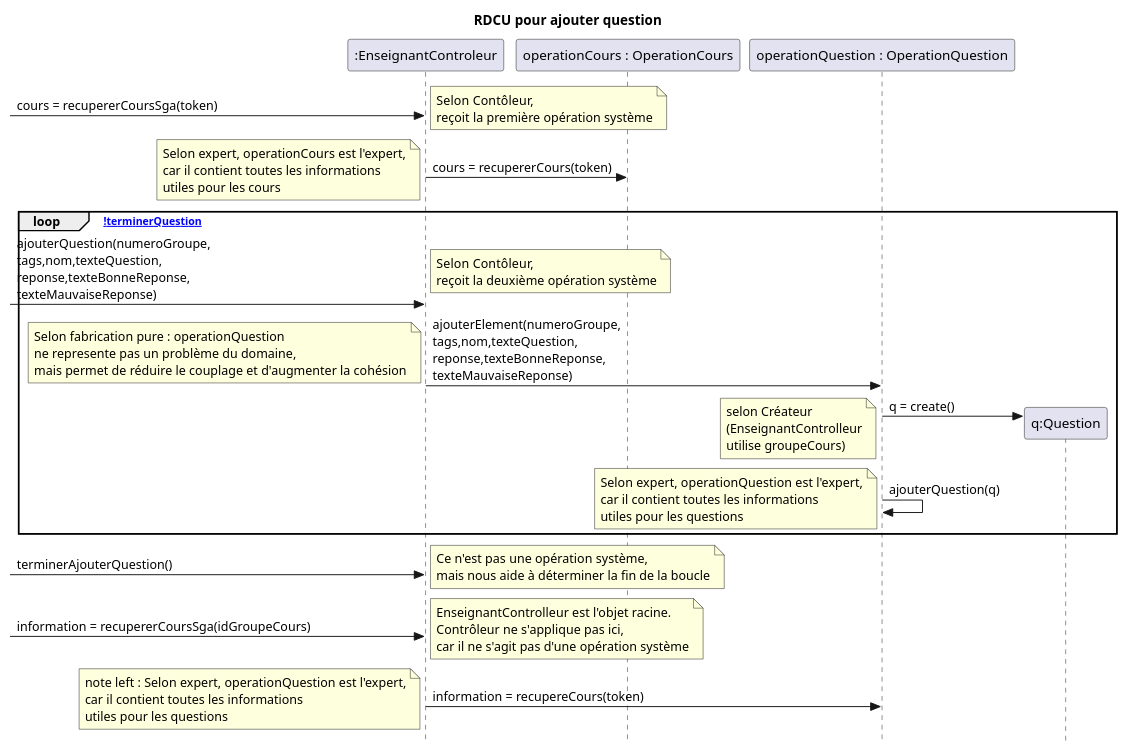
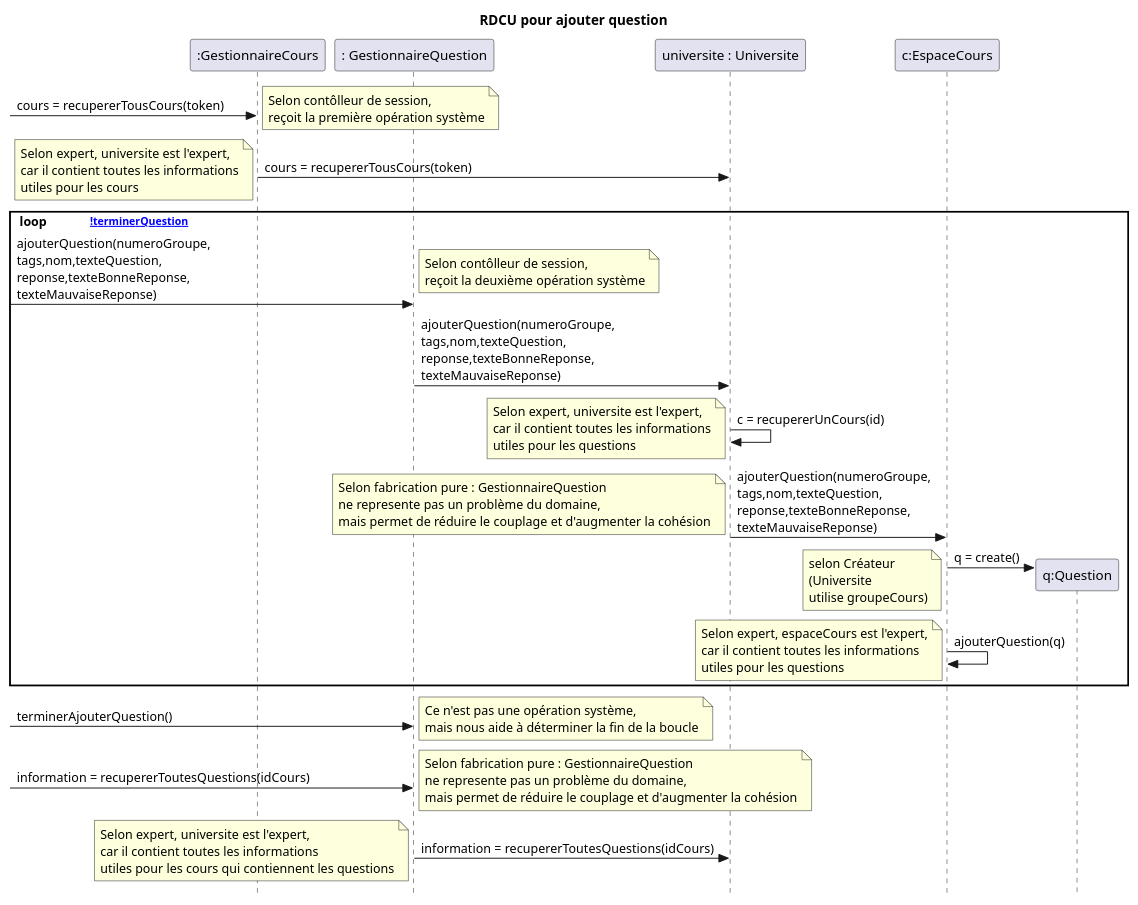
The first of 4 diagrams in docs/Ajouter question/RDCU_Ajouter_Question.puml (nerdz88/SGA-TS), drawn with PlantUML before and after one commit. The commit also changed other lines of this file and 7 other files, not shown here.

```diff
--- a/docs/Ajouter question/RDCU_Ajouter_Question.puml
+++ b/docs/Ajouter question/RDCU_Ajouter_Question.puml
@@ -1,31 +1,35 @@
 @startuml ajouterQuestionOld
 skinparam style strictuml
 skinparam defaultfontname Verdana
 title RDCU pour ajouter question
-participant ":EnseignantControleur" as sga
-participant "operationCours : OperationCours" as opCours
-participant "operationQuestion : OperationQuestion" as opQuestion
+participant ":GestionnaireCours" as gestionnaireCours
+participant ": GestionnaireQuestion" as gestionnaireQuestion
+participant "universite : Universite" as universite
+participant "c:EspaceCours" as cours
 participant "q:Question" as question
 
-->sga : cours = recupererCoursSga(token)
-note left : Selon Contôleur,\nreçoit la première opération système
-sga->opCours: cours = recupererCours(token)
-note left : Selon expert, operationCours est l'expert,\ncar il contient toutes les informations\nutiles pour les cours
+->gestionnaireCours : cours = recupererTousCours(token)
+note left : Selon contôlleur de session,\nreçoit la première opération système
+gestionnaireCours->universite: cours = recupererTousCours(token)
+note left : Selon expert, universite est l'expert,\ncar il contient toutes les informations\nutiles pour les cours
 loop [!terminerQuestion]
--> sga : ajouterQuestion(numeroGroupe,\ntags,nom,texteQuestion,\nreponse,texteBonneReponse,\ntexteMauvaiseReponse)
- note left : Selon Contôleur,\nreçoit la deuxième opération système 
-  sga->opQuestion : ajouterElement(numeroGroupe,\ntags,nom,texteQuestion,\nreponse,texteBonneReponse,\ntexteMauvaiseReponse)
-  note left : Selon fabrication pure : operationQuestion\nne represente pas un problème du domaine,\nmais permet de réduire le couplage et d'augmenter la cohésion
+->gestionnaireQuestion : ajouterQuestion(numeroGroupe,\ntags,nom,texteQuestion,\nreponse,texteBonneReponse,\ntexteMauvaiseReponse)
+ note left : Selon contôlleur de session,\nreçoit la deuxième opération système 
+gestionnaireQuestion->universite : ajouterQuestion(numeroGroupe,\ntags,nom,texteQuestion,\nreponse,texteBonneReponse,\ntexteMauvaiseReponse)
+universite -> universite: c = recupererUnCours(id)
+  note left : Selon expert, universite est l'expert,\ncar il contient toutes les informations\nutiles pour les questions
+universite-> cours : ajouterQuestion(numeroGroupe,\ntags,nom,texteQuestion,\nreponse,texteBonneReponse,\ntexteMauvaiseReponse)
+  note left : Selon fabrication pure : GestionnaireQuestion\nne represente pas un problème du domaine,\nmais permet de réduire le couplage et d'augmenter la cohésion
   create question
-  opQuestion->question : q = create()
-  note left : selon Créateur\n(EnseignantControlleur\nutilise groupeCours)
-  opQuestion->opQuestion : ajouterQuestion(q)
-  note left : Selon expert, operationQuestion est l'expert,\ncar il contient toutes les informations\nutiles pour les questions
+  cours->question : q = create()
+  note left : selon Créateur\n(Universite \nutilise groupeCours)
+  cours->cours : ajouterQuestion(q)
+  note left : Selon expert, espaceCours est l'expert,\ncar il contient toutes les informations\nutiles pour les questions
 end
--> sga : terminerAjouterQuestion()
+-> gestionnaireQuestion : terminerAjouterQuestion()
 note left : Ce n'est pas une opération système, \nmais nous aide à déterminer la fin de la boucle
-  -> sga : information = recupererCoursSga(idGroupeCours)
-  note left : EnseignantControlleur est l'objet racine.\nContrôleur ne s'applique pas ici,\ncar il ne s'agit pas d'une opération système
-  sga -> opQuestion : information = recupereCours(token)
-  note left :   note left : Selon expert, operationQuestion est l'expert,\ncar il contient toutes les informations\nutiles pour les questions
+  -> gestionnaireQuestion : information = recupererToutesQuestions(idCours)
+  note left : Selon fabrication pure : GestionnaireQuestion\nne represente pas un problème du domaine,\nmais permet de réduire le couplage et d'augmenter la cohésion
+  gestionnaireQuestion ->universite : information = recupererToutesQuestions(idCours)
+  note left : Selon expert, universite est l'expert,\ncar il contient toutes les informations\nutiles pour les cours qui contiennent les questions
 @enduml
```
